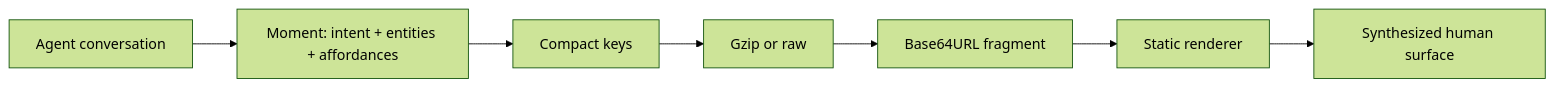
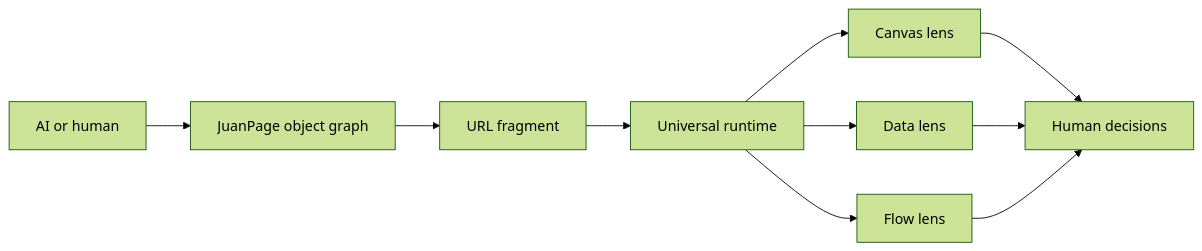
Before and after one commit to CakeRepository/JuanPage: the diagram in README.md, drawn with Mermaid (forest theme). The commit also changed other lines of this file and 16 other files, not shown here.

First line of the commit message:
Build JuanPage 1.0 universal schema and runtime

````diff
--- a/README.md
+++ b/README.md
@@ -11,9 +9,12 @@
 ```mermaid
 flowchart LR
-    A[Agent conversation] --> B[Moment: intent + entities + affordances]
-    B --> C[Compact keys]
-    C --> D[Gzip or raw]
-    D --> E[Base64URL fragment]
-    E --> F[Static renderer]
-    F --> G[Synthesized human surface]
+  A[AI or human] --> B[JuanPage object graph]
+  B --> C[URL fragment]
+  C --> D[Universal runtime]
+  D --> E[Canvas lens]
+  D --> F[Data lens]
+  D --> G[Flow lens]
+  E --> H[Human decisions]
+  F --> H
+  G --> H
 ```
````
